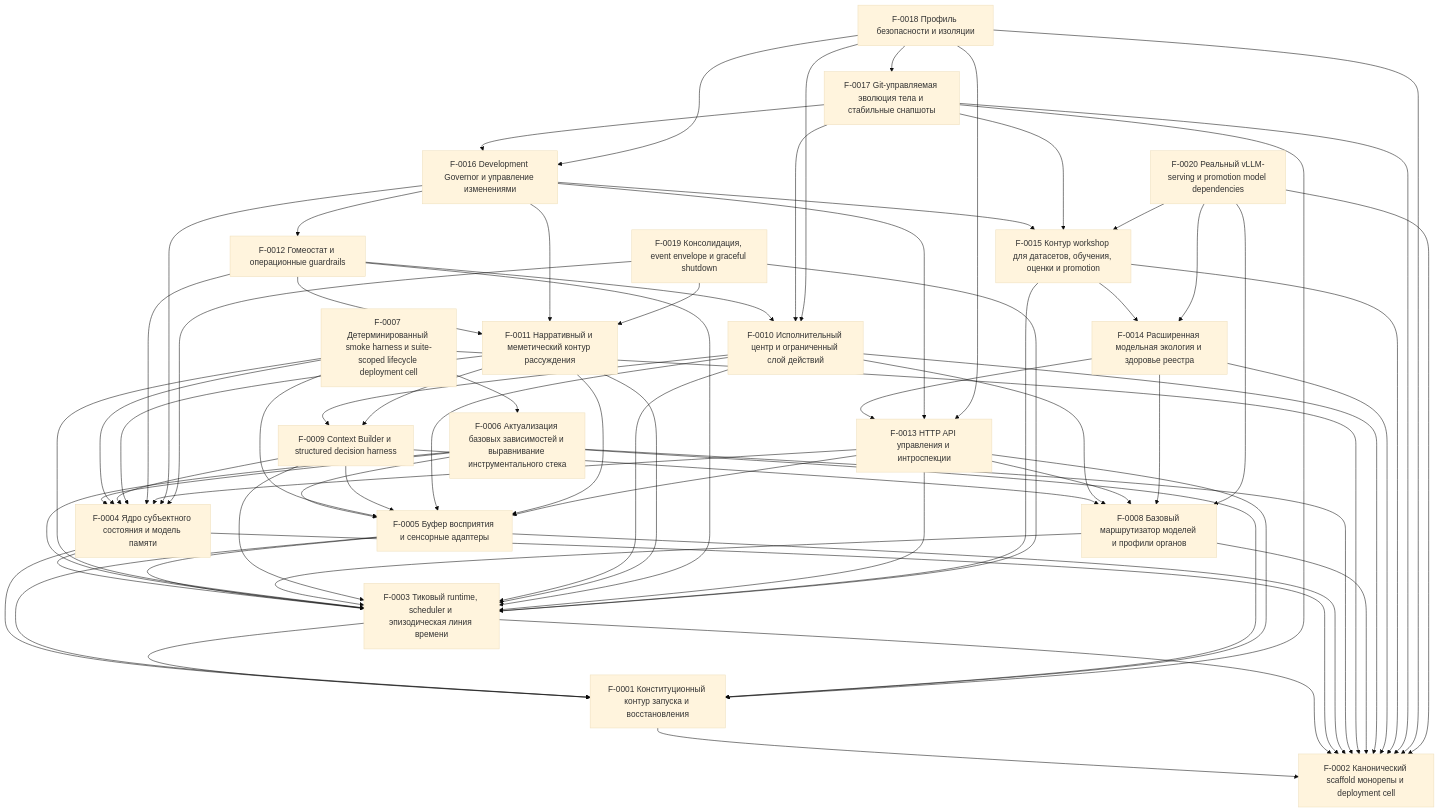
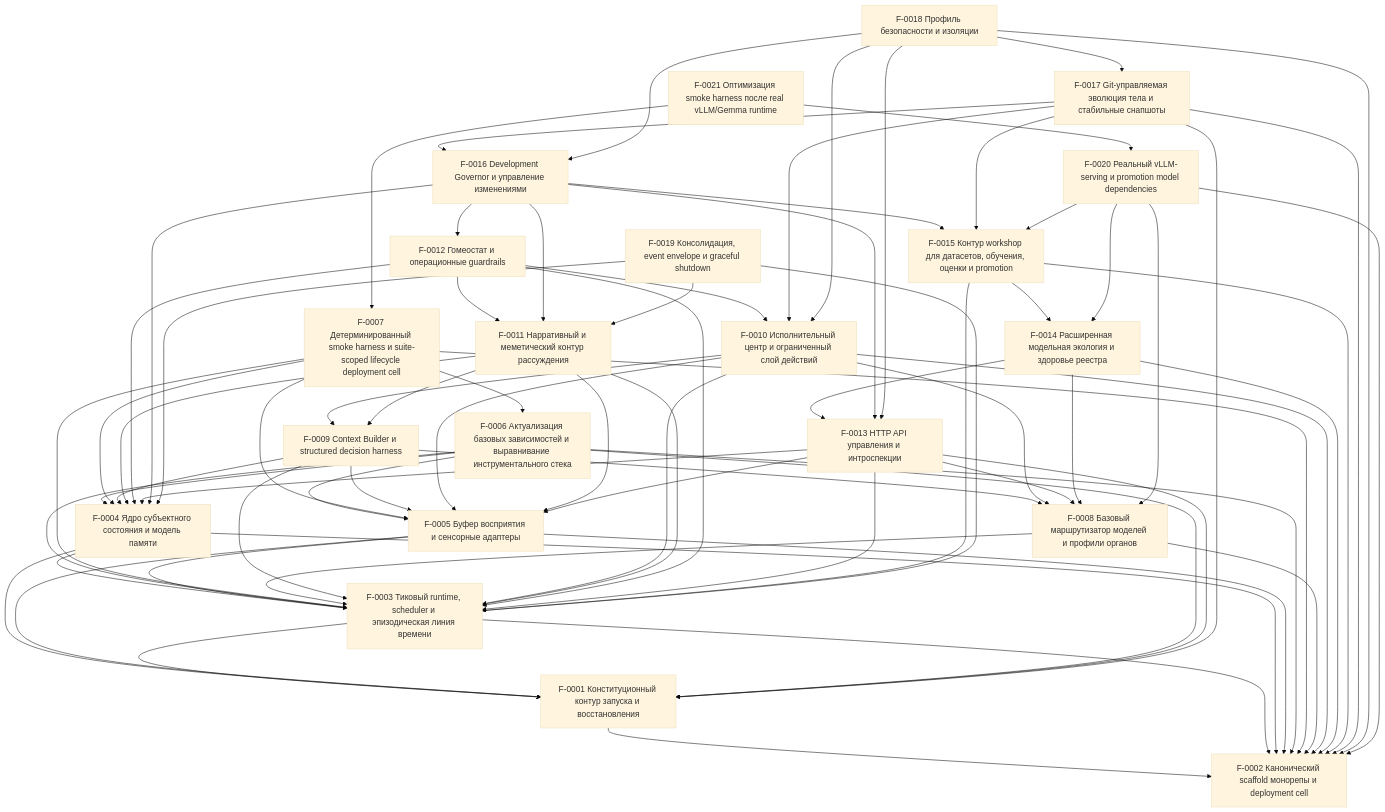
Before and after one commit to kostysh/yaagi: the diagram in docs/ssot/index.md, drawn with Mermaid (base theme). The commit also changed other lines of this file and 1 other file, not shown here.

````diff
--- a/docs/ssot/index.md
+++ b/docs/ssot/index.md
@@ -57,6 +58,7 @@
   F0018["F-0018 Профиль безопасности и изоляции"]
   F0019["F-0019 Консолидация, event envelope и graceful shutdown"]
   F0020["F-0020 Реальный vLLM-serving и promotion model dependencies"]
+  F0021["F-0021 Оптимизация smoke harness после real vLLM/Gemma runtime"]
   F0001 --> F0002
   F0003 --> F0001
   F0003 --> F0002
@@ -128,4 +130,6 @@
   F0020 --> F0008
   F0020 --> F0014
   F0020 --> F0015
+  F0021 --> F0007
+  F0021 --> F0020
 ```
````
